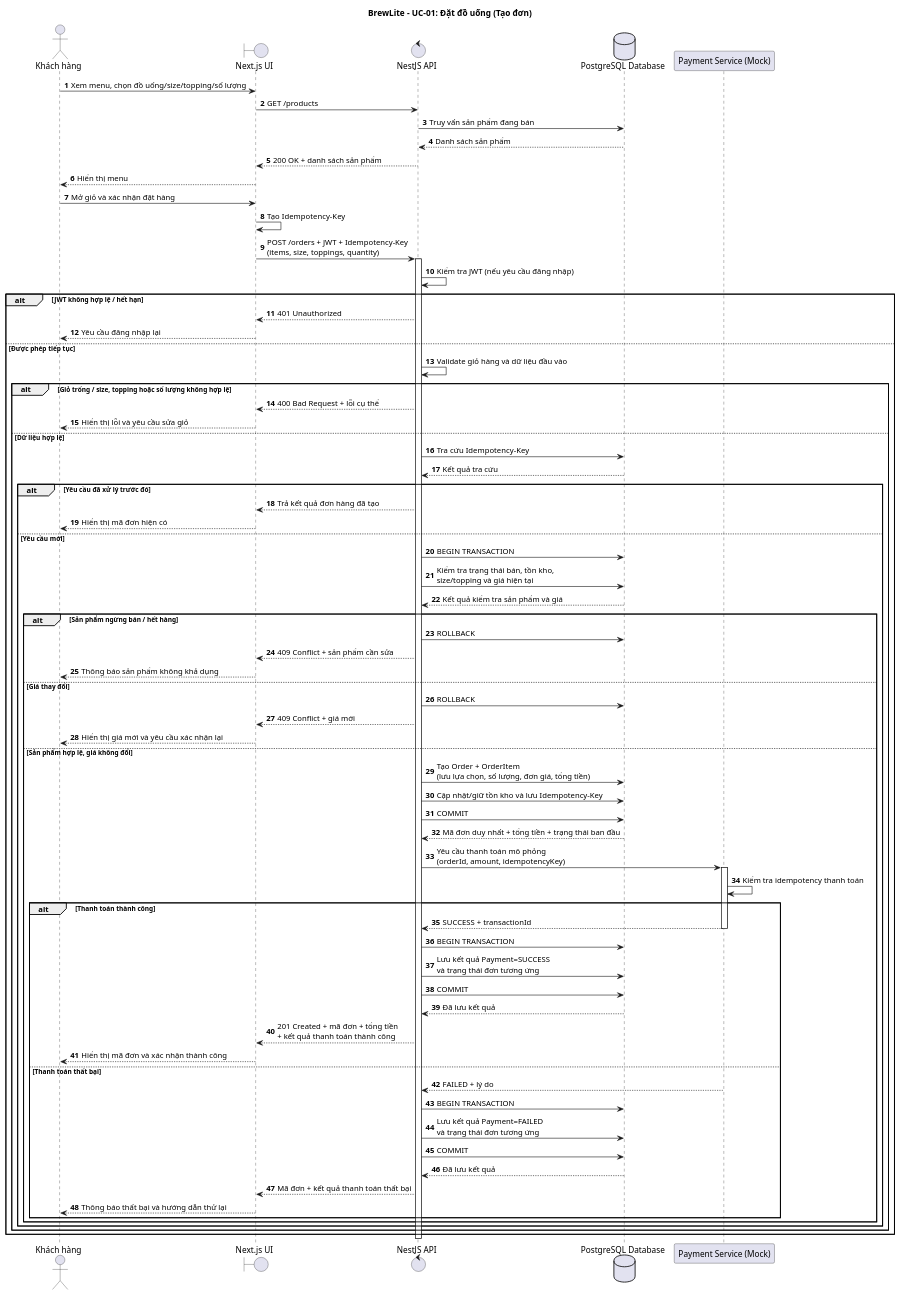
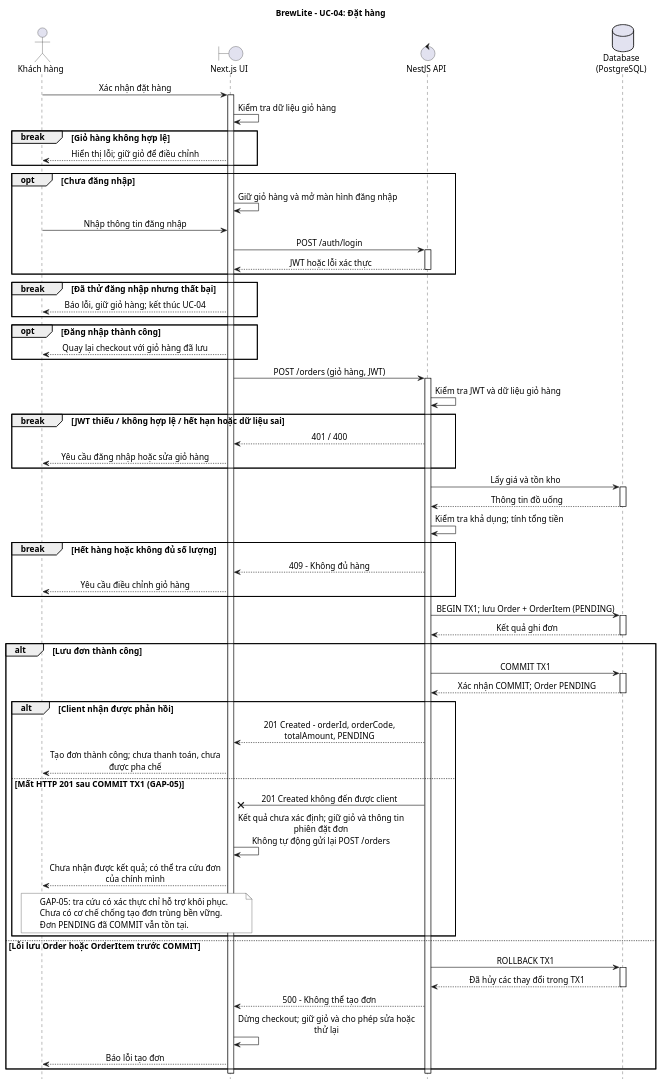
Before and after one commit to vohuunghiaah/brewlite: the diagram in docs/diagram/SequenceDiagram.puml, drawn with PlantUML. The commit also changed 5 other files, not shown here.

Commit message:
docs: correct Task 2.2 sequence transactions and recovery

```diff
--- a/docs/diagram/SequenceDiagram.puml
+++ b/docs/diagram/SequenceDiagram.puml
@@ -1,81 +1,87 @@
 @startuml
-title BrewLite - UC-01: Đặt đồ uống (Tạo đơn)
-autonumber
-actor "Khách hàng" as Customer
+' Task 2.2 - UC-04: tạo đơn PENDING độc lập.
+' Based on SRS v1.4.0, use-case-place-order.md and ActivityDiagram.puml.
+title BrewLite - UC-04: Đặt hàng
+hide footbox
+skinparam defaultFontName Arial
+skinparam defaultFontSize 14
+skinparam shadowing false
+skinparam backgroundColor white
+skinparam sequenceMessageAlign center
+skinparam ParticipantPadding 25
+skinparam maxMessageSize 310
+actor "Khách hàng" as C
 boundary "Next.js UI" as UI
 control "NestJS API" as API
-database "PostgreSQL Database" as DB
-participant "Payment Service (Mock)" as Pay
-
-Customer -> UI: Xem menu, chọn đồ uống/size/topping/số lượng
-UI -> API: GET /products
-API -> DB: Truy vấn sản phẩm đang bán
-DB --> API: Danh sách sản phẩm
-API --> UI: 200 OK + danh sách sản phẩm
-UI --> Customer: Hiển thị menu
-
-Customer -> UI: Mở giỏ và xác nhận đặt hàng
-UI -> UI: Tạo Idempotency-Key
-UI -> API: POST /orders + JWT + Idempotency-Key\n(items, size, toppings, quantity)
+database "Database\n(PostgreSQL)" as DB
+' Các break cấp ngoài kết thúc tương tác lỗi; activation đóng trên luồng bình thường.
+C -> UI: Xác nhận đặt hàng
+activate UI
+UI -> UI: Kiểm tra dữ liệu giỏ hàng
+break Giỏ hàng không hợp lệ
+  UI --> C: Hiển thị lỗi; giữ giỏ để điều chỉnh
+end
+opt Chưa đăng nhập
+  UI -> UI: Giữ giỏ hàng và mở màn hình đăng nhập
+  C -> UI: Nhập thông tin đăng nhập
+  UI -> API: POST /auth/login
+  activate API
+  API --> UI: JWT hoặc lỗi xác thực
+  deactivate API
+end
+break Đã thử đăng nhập nhưng thất bại
+  UI --> C: Báo lỗi, giữ giỏ hàng; kết thúc UC-04
+end
+opt Đăng nhập thành công
+  UI --> C: Quay lại checkout với giỏ hàng đã lưu
+end
+UI -> API: POST /orders (giỏ hàng, JWT)
 activate API
-
-API -> API: Kiểm tra JWT (nếu yêu cầu đăng nhập)
-alt JWT không hợp lệ / hết hạn
-  API --> UI: 401 Unauthorized
-  UI --> Customer: Yêu cầu đăng nhập lại
-else Được phép tiếp tục
-  API -> API: Validate giỏ hàng và dữ liệu đầu vào
-  alt Giỏ trống / size, topping hoặc số lượng không hợp lệ
-    API --> UI: 400 Bad Request + lỗi cụ thể
-    UI --> Customer: Hiển thị lỗi và yêu cầu sửa giỏ
-  else Dữ liệu hợp lệ
-    API -> DB: Tra cứu Idempotency-Key
-    DB --> API: Kết quả tra cứu
-    alt Yêu cầu đã xử lý trước đó
-      API --> UI: Trả kết quả đơn hàng đã tạo
-      UI --> Customer: Hiển thị mã đơn hiện có
-    else Yêu cầu mới
-      API -> DB: BEGIN TRANSACTION
-      API -> DB: Kiểm tra trạng thái bán, tồn kho,\nsize/topping và giá hiện tại
-      DB --> API: Kết quả kiểm tra sản phẩm và giá
-      alt Sản phẩm ngừng bán / hết hàng
-        API -> DB: ROLLBACK
-        API --> UI: 409 Conflict + sản phẩm cần sửa
-        UI --> Customer: Thông báo sản phẩm không khả dụng
-      else Giá thay đổi
-        API -> DB: ROLLBACK
-        API --> UI: 409 Conflict + giá mới
-        UI --> Customer: Hiển thị giá mới và yêu cầu xác nhận lại
-      else Sản phẩm hợp lệ, giá không đổi
-        API -> DB: Tạo Order + OrderItem\n(lưu lựa chọn, số lượng, đơn giá, tổng tiền)
-        API -> DB: Cập nhật/giữ tồn kho và lưu Idempotency-Key
-        API -> DB: COMMIT
-        DB --> API: Mã đơn duy nhất + tổng tiền + trạng thái ban đầu
-        API -> Pay: Yêu cầu thanh toán mô phỏng\n(orderId, amount, idempotencyKey)
-        activate Pay
-        Pay -> Pay: Kiểm tra idempotency thanh toán
-        alt Thanh toán thành công
-          Pay --> API: SUCCESS + transactionId
-          deactivate Pay
-          API -> DB: BEGIN TRANSACTION
-          API -> DB: Lưu kết quả Payment=SUCCESS\nvà trạng thái đơn tương ứng
-          API -> DB: COMMIT
-          DB --> API: Đã lưu kết quả
-          API --> UI: 201 Created + mã đơn + tổng tiền\n+ kết quả thanh toán thành công
-          UI --> Customer: Hiển thị mã đơn và xác nhận thành công
-        else Thanh toán thất bại
-          Pay --> API: FAILED + lý do
-          deactivate Pay
-          API -> DB: BEGIN TRANSACTION
-          API -> DB: Lưu kết quả Payment=FAILED\nvà trạng thái đơn tương ứng
-          API -> DB: COMMIT
-          DB --> API: Đã lưu kết quả
-          API --> UI: Mã đơn + kết quả thanh toán thất bại
-          UI --> Customer: Thông báo thất bại và hướng dẫn thử lại
-        end
-      end
-    end
+API -> API: Kiểm tra JWT và dữ liệu giỏ hàng
+break JWT thiếu / không hợp lệ / hết hạn hoặc dữ liệu sai
+  API --> UI: 401 / 400
+  UI --> C: Yêu cầu đăng nhập hoặc sửa giỏ hàng
+end
+API -> DB: Lấy giá và tồn kho
+activate DB
+DB --> API: Thông tin đồ uống
+deactivate DB
+API -> API: Kiểm tra khả dụng; tính tổng tiền
+break Hết hàng hoặc không đủ số lượng
+  API --> UI: 409 - Không đủ hàng
+  UI --> C: Yêu cầu điều chỉnh giỏ hàng
+end
+API -> DB: BEGIN TX1; lưu Order + OrderItem (PENDING)
+activate DB
+DB --> API: Kết quả ghi đơn
+deactivate DB
+alt Lưu đơn thành công
+  API -> DB: COMMIT TX1
+  activate DB
+  DB --> API: Xác nhận COMMIT; Order PENDING
+  deactivate DB
+  alt Client nhận được phản hồi
+    API --> UI: 201 Created - orderId, orderCode, totalAmount, PENDING
+    UI --> C: Tạo đơn thành công; chưa thanh toán, chưa được pha chế
+  else Mất HTTP 201 sau COMMIT TX1 (GAP-05)
+    API ->x UI: 201 Created không đến được client
+    UI -> UI: Kết quả chưa xác định; giữ giỏ và thông tin phiên đặt đơn\nKhông tự động gửi lại POST /orders
+    UI --> C: Chưa nhận được kết quả; có thể tra cứu đơn của chính mình
+    note over C, UI #white
+      GAP-05: tra cứu có xác thực chỉ hỗ trợ khôi phục.
+      Chưa có cơ chế chống tạo đơn trùng bền vững.
+      Đơn PENDING đã COMMIT vẫn tồn tại.
+    end note
   end
+else Lỗi lưu Order hoặc OrderItem trước COMMIT
+  API -> DB: ROLLBACK TX1
+  activate DB
+  DB --> API: Đã hủy các thay đổi trong TX1
+  deactivate DB
+  API --> UI: 500 - Không thể tạo đơn
+  UI -> UI: Dừng checkout; giữ giỏ và cho phép sửa hoặc thử lại
+  UI --> C: Báo lỗi tạo đơn
 end
 deactivate API
+deactivate UI
 @enduml
```
